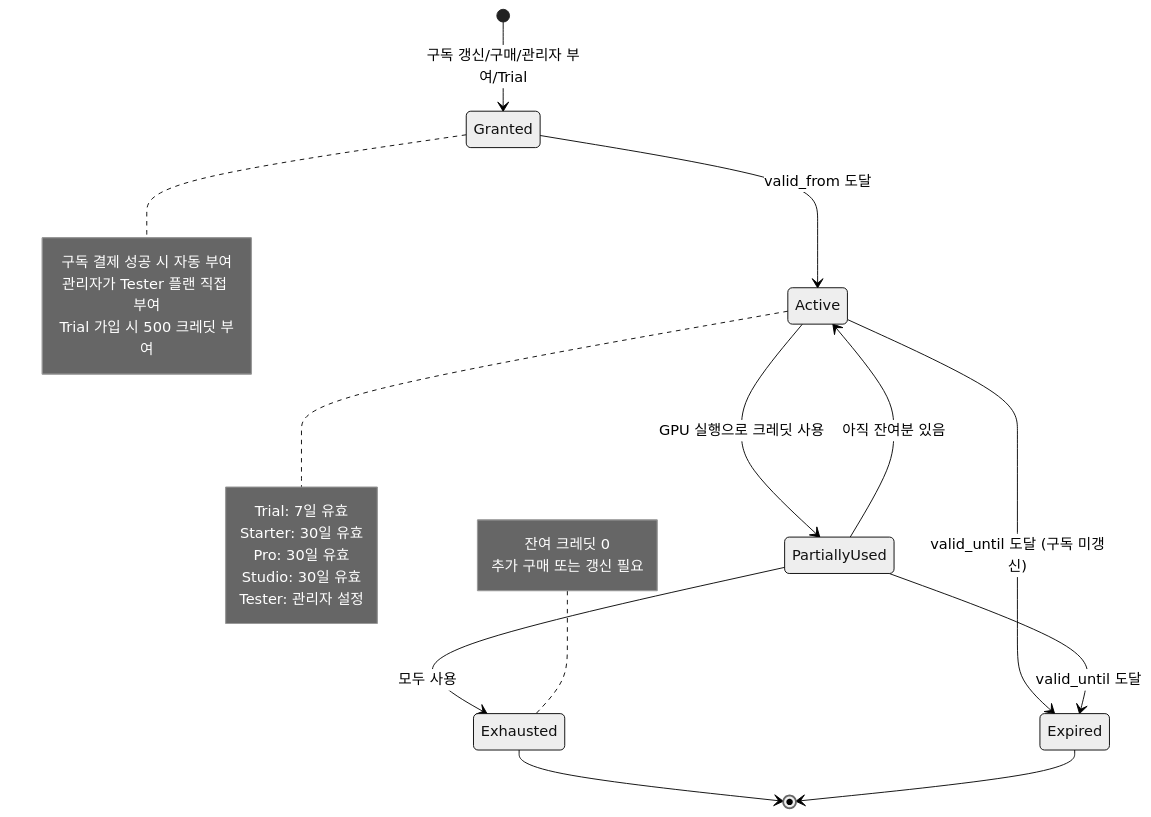
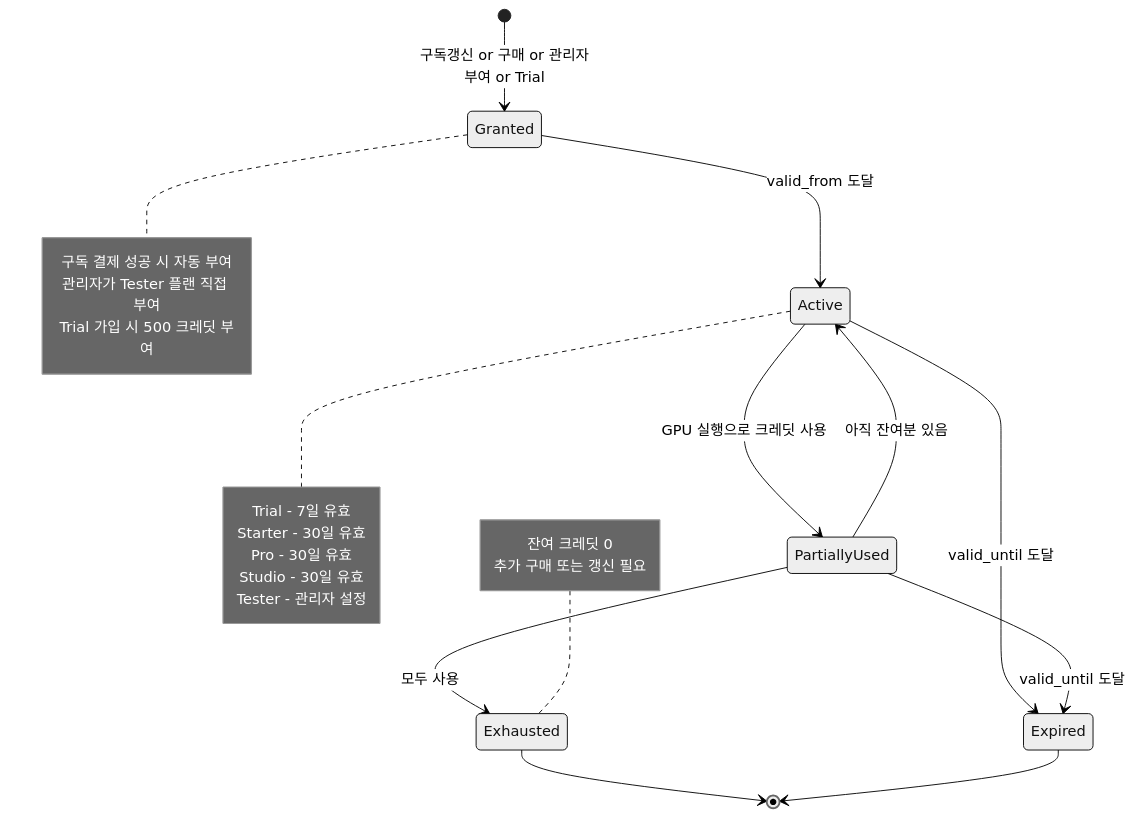
One commit to Pinksea-AI/InvokeAI changed the fourth of 11 diagrams in docs/saas-analysis/05_SUBSCRIPTION_BILLING_SYSTEM.md. Above: the diagram before and after it, drawn with Mermaid (neutral theme). The commit also changed 1 other file, not shown here.

Commit message:
docs: Mermaid 다이어그램 렌더링 오류 수정
- 02 섹션 12: PAY 다이아몬드 노드에 따옴표 추가, <br/> 태그를 대시로 교체,
  괄호/콜론 등 Mermaid 파서 충돌 특수문자 제거
- 05 섹션 2.2: stateDiagram-v2 note 블록 내 콜론(:)을 대시(-)로 교체,
  전환 레이블의 슬래시/괄호 제거로 파서 호환성 확보

https://claude.ai/code/session_018acp8nScf4X9dgssRyM4U6

````diff
--- a/docs/saas-analysis/05_SUBSCRIPTION_BILLING_SYSTEM.md
+++ b/docs/saas-analysis/05_SUBSCRIPTION_BILLING_SYSTEM.md
@@ -194,31 +194,31 @@
 ```mermaid
 stateDiagram-v2
-    [*] --> Granted : 구독 갱신/구매/관리자 부여/Trial
+    [*] --> Granted : 구독갱신 or 구매 or 관리자부여 or Trial
     Granted --> Active : valid_from 도달
     Active --> PartiallyUsed : GPU 실행으로 크레딧 사용
     PartiallyUsed --> Active : 아직 잔여분 있음
     PartiallyUsed --> Exhausted : 모두 사용
-    Active --> Expired : valid_until 도달 (구독 미갱신)
+    Active --> Expired : valid_until 도달
     PartiallyUsed --> Expired : valid_until 도달
     Exhausted --> [*]
     Expired --> [*]
 
     note right of Active
-        Trial: 7일 유효
-        Starter: 30일 유효
-        Pro: 30일 유효
-        Studio: 30일 유효
-        Tester: 관리자 설정
+        Trial - 7일 유효
+        Starter - 30일 유효
+        Pro - 30일 유효
+        Studio - 30일 유효
+        Tester - 관리자 설정
     end note
 
     note right of Granted
         구독 결제 성공 시 자동 부여
         관리자가 Tester 플랜 직접 부여
         Trial 가입 시 500 크레딧 부여
     end note
 
     note left of Exhausted
         잔여 크레딧 0
         추가 구매 또는 갱신 필요
     end note
 ```
````
